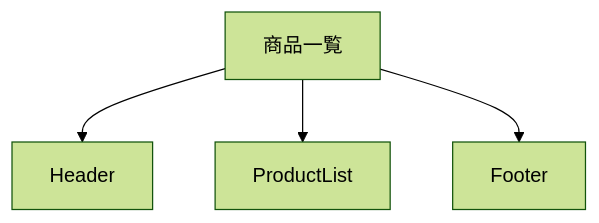
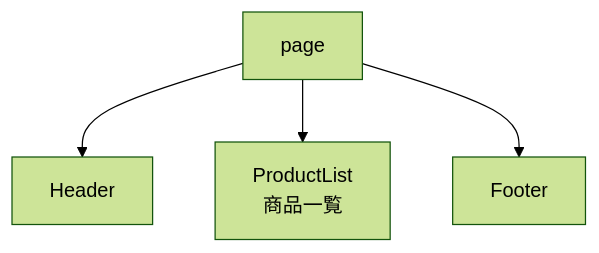
The first of 4 diagrams in README.md (ot-nemoto/full-stack-web-development-frontend), drawn with Mermaid (forest theme) before and after one commit. The commit also changed other lines of this file and 3 other files, not shown here.

````diff
--- a/README.md
+++ b/README.md
@@ -14,7 +80,7 @@
 ```mermaid
 graph TD;
-  商品一覧 --> Header
-  商品一覧 --> ProductList
-  商品一覧 --> Footer
+  page --> Header
+  page --> ProductList[ProductList<br>商品一覧]
+  page --> Footer
 
 ```
````
